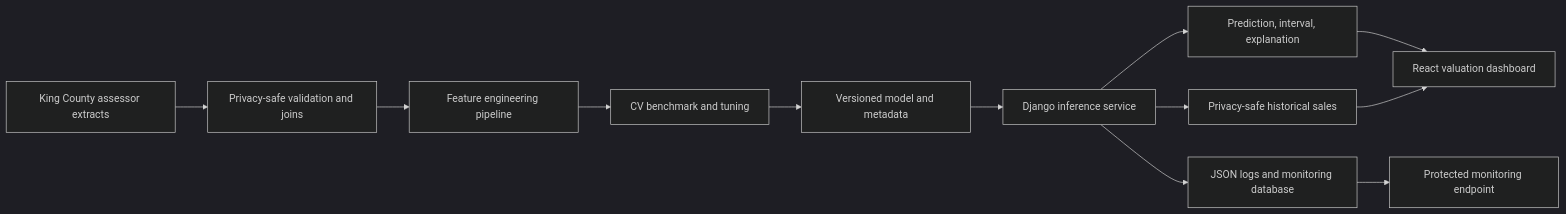
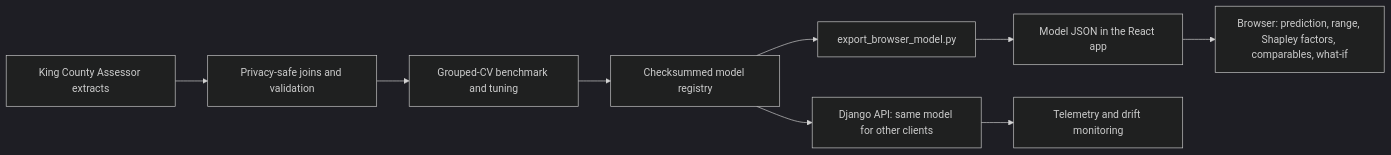
The diagram in README.md (vinayakraju16/House-Price-Prediction), drawn with Mermaid (dark theme) before and after one commit. The commit also changed other lines of this file and 1 other file, not shown here.

````diff
--- a/README.md
+++ b/README.md
@@ -9,14 +47,11 @@
 ```mermaid
 flowchart LR
-    A[King County assessor extracts] --> B[Privacy-safe validation and joins]
-    B --> C[Feature engineering pipeline]
-    C --> D[CV benchmark and tuning]
-    D --> E[Versioned model and metadata]
-    E --> F[Django inference service]
-    F --> G[Prediction, interval, explanation]
-    F --> H[Privacy-safe historical sales]
-    G --> I[React valuation dashboard]
-    H --> I
-    F --> J[JSON logs and monitoring database]
-    J --> K[Protected monitoring endpoint]
+    A[King County Assessor extracts] --> B[Privacy-safe joins and validation]
+    B --> C[Grouped-CV benchmark and tuning]
+    C --> D[Checksummed model registry]
+    D --> E[export_browser_model.py]
+    E --> F[Model JSON in the React app]
+    F --> G[Browser: prediction, range, Shapley factors, comparables, what-if]
+    D --> H[Django API: same model for other clients]
+    H --> I[Telemetry and drift monitoring]
 ```
````
